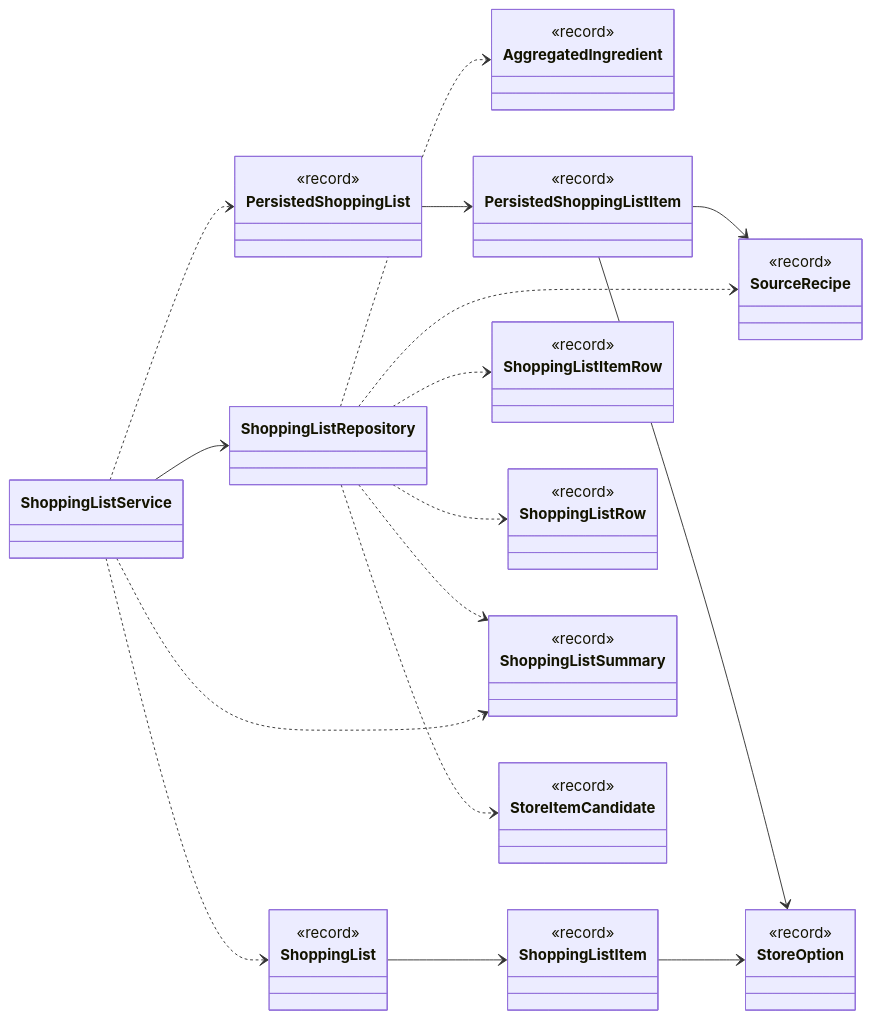
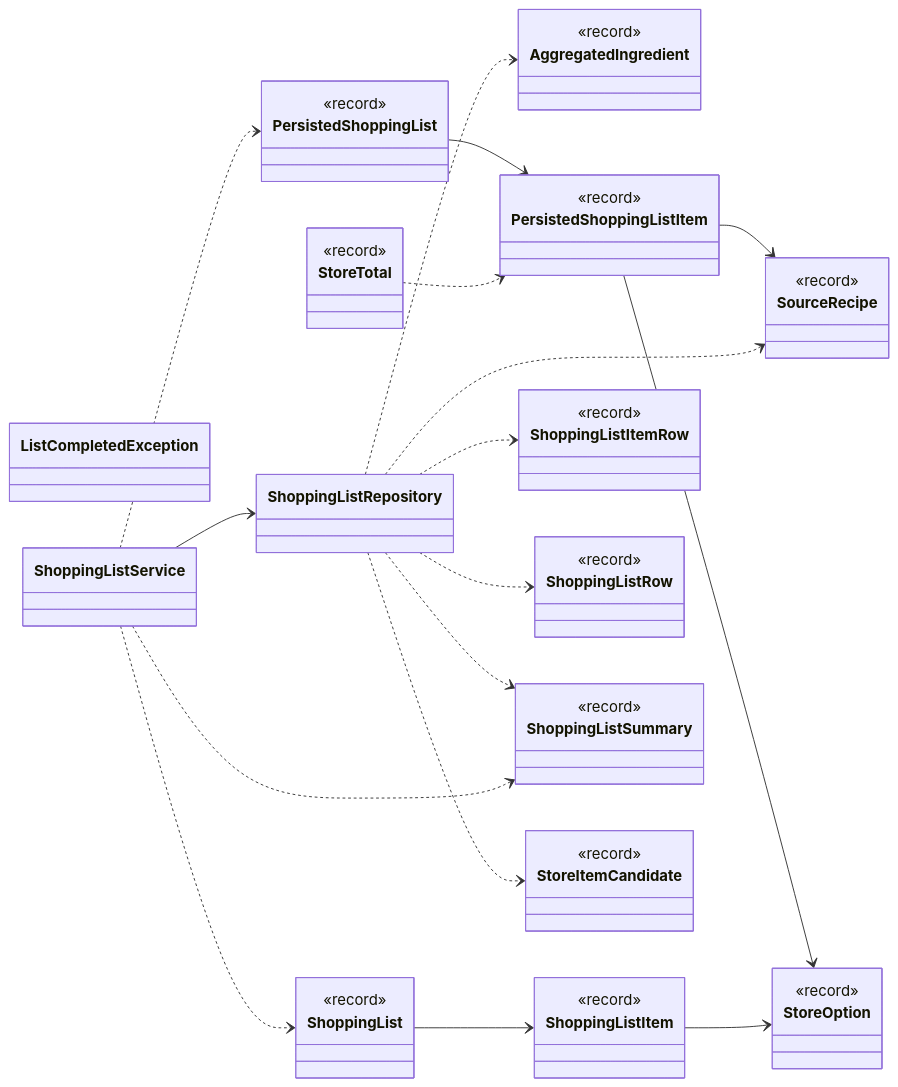
Before and after one commit to Nate-ryan-7690/dahaem: the first of 16 diagrams in docs/classes/shopping.md, drawn with Mermaid. The commit also changed other lines of this file and 4 other files, not shown here.

````diff
--- a/docs/classes/shopping.md
+++ b/docs/classes/shopping.md
@@ -11,54 +11,59 @@
 ```mermaid
 classDiagram
     direction LR
     class shopping_AggregatedIngredient["AggregatedIngredient"] {
         <<record>>
     }
+    class shopping_ListCompletedException["ListCompletedException"]
     class shopping_PersistedShoppingList["PersistedShoppingList"] {
         <<record>>
     }
     class shopping_PersistedShoppingListItem["PersistedShoppingListItem"] {
         <<record>>
     }
     class shopping_ShoppingList["ShoppingList"] {
         <<record>>
     }
     class shopping_ShoppingListItem["ShoppingListItem"] {
         <<record>>
     }
     class shopping_ShoppingListItemRow["ShoppingListItemRow"] {
         <<record>>
     }
     class shopping_ShoppingListRepository["ShoppingListRepository"]
     class shopping_ShoppingListRow["ShoppingListRow"] {
         <<record>>
     }
     class shopping_ShoppingListService["ShoppingListService"]
     class shopping_ShoppingListSummary["ShoppingListSummary"] {
         <<record>>
     }
     class shopping_SourceRecipe["SourceRecipe"] {
         <<record>>
     }
     class shopping_StoreItemCandidate["StoreItemCandidate"] {
         <<record>>
     }
     class shopping_StoreOption["StoreOption"] {
         <<record>>
     }
+    class shopping_StoreTotal["StoreTotal"] {
+        <<record>>
+    }
     shopping_PersistedShoppingList --> shopping_PersistedShoppingListItem
     shopping_PersistedShoppingListItem --> shopping_SourceRecipe
     shopping_PersistedShoppingListItem --> shopping_StoreOption
     shopping_ShoppingList --> shopping_ShoppingListItem
     shopping_ShoppingListItem --> shopping_StoreOption
     shopping_ShoppingListRepository ..> shopping_AggregatedIngredient
     shopping_ShoppingListRepository ..> shopping_StoreItemCandidate
     shopping_ShoppingListRepository ..> shopping_ShoppingListRow
     shopping_ShoppingListRepository ..> shopping_ShoppingListItemRow
     shopping_ShoppingListRepository ..> shopping_SourceRecipe
     shopping_ShoppingListRepository ..> shopping_ShoppingListSummary
     shopping_ShoppingListService --> shopping_ShoppingListRepository
     shopping_ShoppingListService ..> shopping_ShoppingList
     shopping_ShoppingListService ..> shopping_PersistedShoppingList
     shopping_ShoppingListService ..> shopping_ShoppingListSummary
+    shopping_StoreTotal ..> shopping_PersistedShoppingListItem
 ```
````
